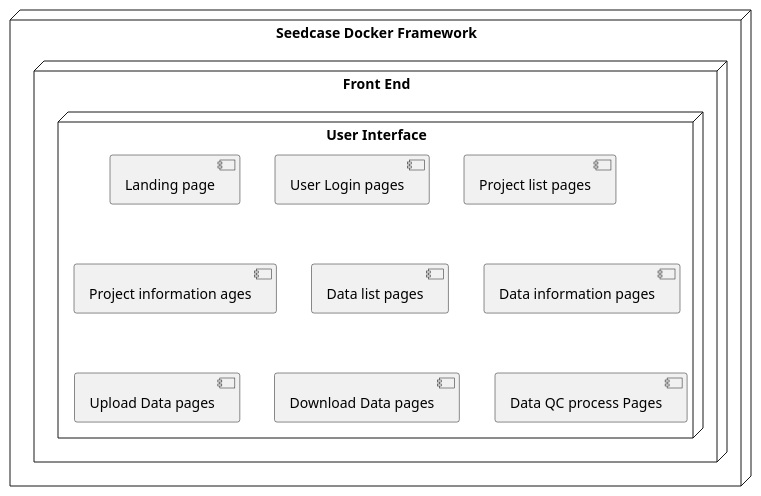
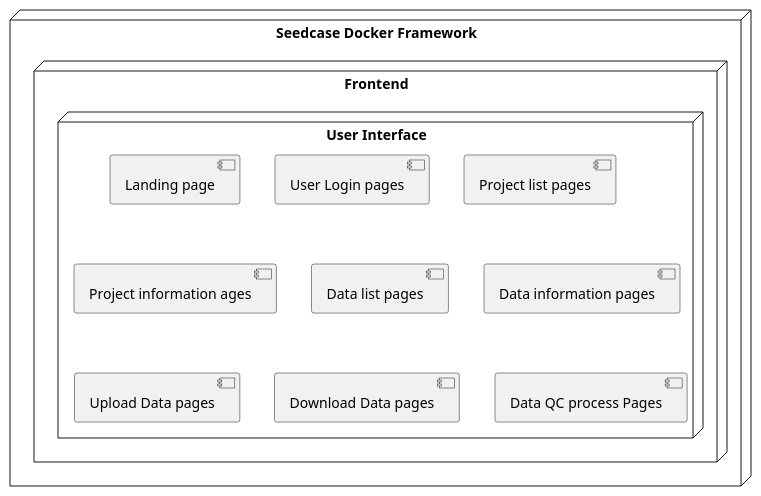
The diagram in design/images/component-ui.puml (seedcase-project/seedcase-website), drawn with PlantUML before and after one commit. The commit also changed 9 other files, not shown here.

```diff
--- a/design/images/component-ui.puml
+++ b/design/images/component-ui.puml
@@ -1,16 +1,16 @@
 @startuml
 node "Seedcase Docker Framework" {
- node "Front End" {
+ node "Frontend" {
   node "User Interface" {
     [Landing page]
     [User Login pages]
     [Project list pages]
     [Project information ages]
     [Data list pages]
     [Data information pages]
     [Upload Data pages]
     [Download Data pages]
     [Data QC process Pages]
  }
 }
 @enduml
```
